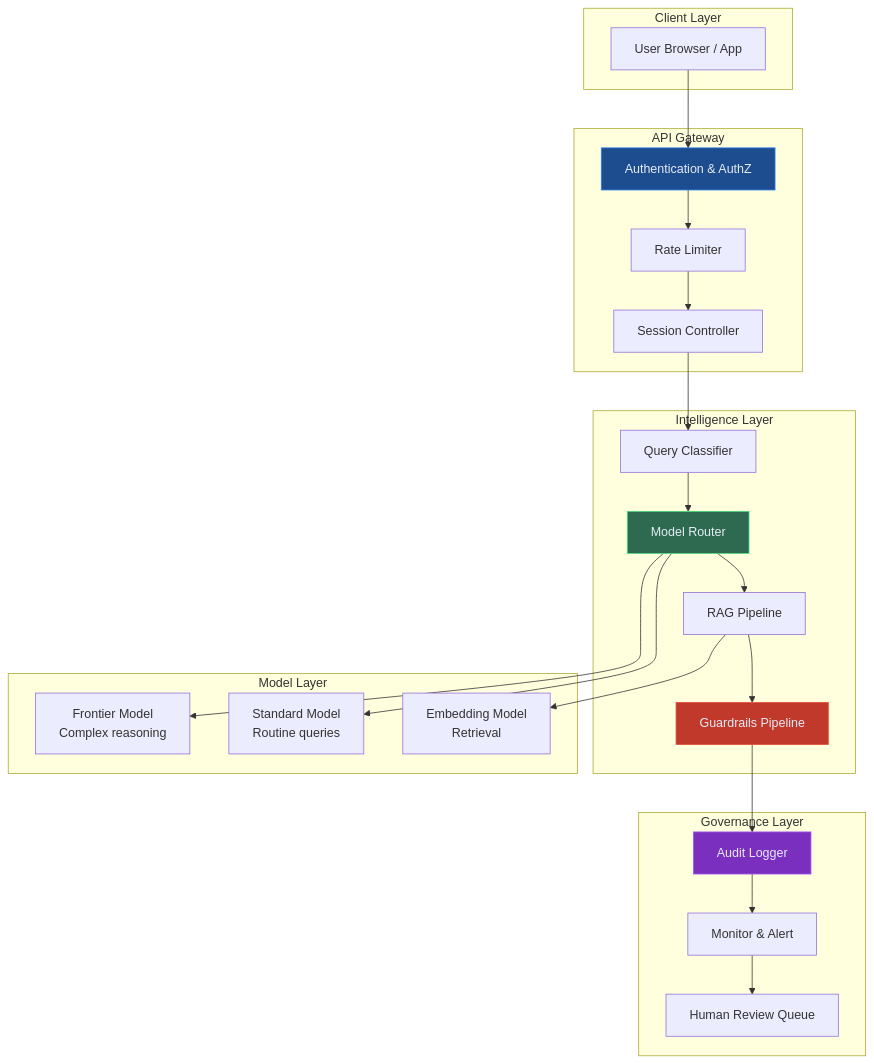
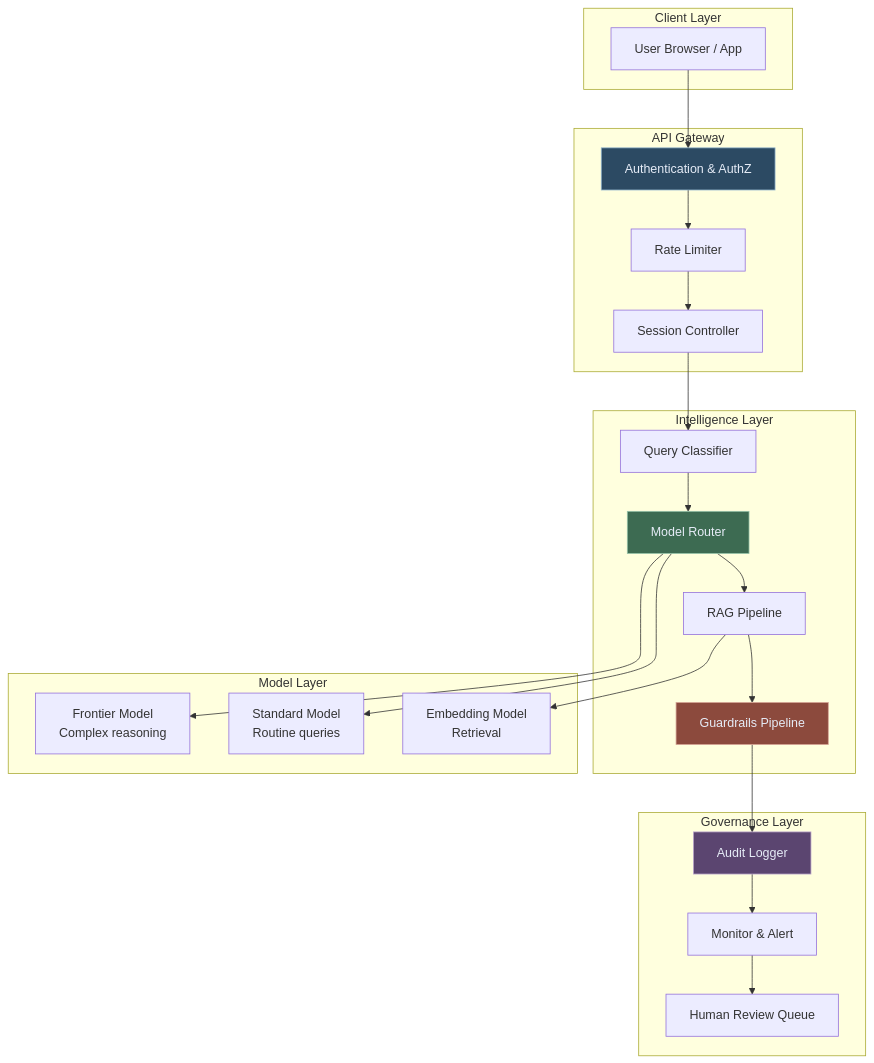
Before and after one commit to lorvexai/lorvexai: the first of 7 diagrams in blog/enterprise-llm-chat-interfaces.md, drawn with Mermaid. The commit also changed other lines of this file and 16 other files, not shown here.

First line of the commit message:
Retune hardcoded Mermaid node colors to match the site palette

````diff
--- a/blog/enterprise-llm-chat-interfaces.md
+++ b/blog/enterprise-llm-chat-interfaces.md
@@ -37,48 +37,48 @@
 ```mermaid
 flowchart TD
     subgraph Client Layer
         U[User Browser / App]
     end
 
     subgraph API Gateway
         AU[Authentication & AuthZ]
         RL[Rate Limiter]
         SC[Session Controller]
     end
 
     subgraph Intelligence Layer
         QC[Query Classifier]
         MR[Model Router]
         RG[RAG Pipeline]
         GP[Guardrails Pipeline]
     end
 
     subgraph Model Layer
         FM[Frontier Model\nComplex reasoning]
         SM[Standard Model\nRoutine queries]
         EM[Embedding Model\nRetrieval]
     end
 
     subgraph Governance Layer
         AL[Audit Logger]
         MO[Monitor & Alert]
         HQ[Human Review Queue]
     end
 
     U --> AU --> RL --> SC
     SC --> QC
     QC --> MR
     MR --> FM
     MR --> SM
     MR --> RG
     RG --> EM
     RG --> GP
     GP --> AL
     AL --> MO
     MO --> HQ
 
-    style AU fill:#1D4C8F,stroke:#2F80ED,color:#E6ECF7
-    style GP fill:#C0392B,stroke:#e74c3c,color:#E6ECF7
-    style AL fill:#7B2FBE,stroke:#a855f7,color:#E6ECF7
-    style MR fill:#2D6A4F,stroke:#4ade80,color:#E6ECF7
+    style AU fill:#2C4A63,stroke:#8FB2CC,color:#E6ECF7
+    style GP fill:#8C4A3D,stroke:#D6A697,color:#E6ECF7
+    style AL fill:#5B4570,stroke:#BCA6CC,color:#E6ECF7
+    style MR fill:#3D6B52,stroke:#95C2A8,color:#E6ECF7
 ```
````
